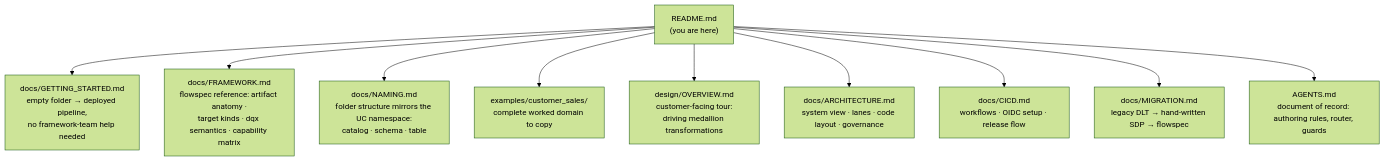
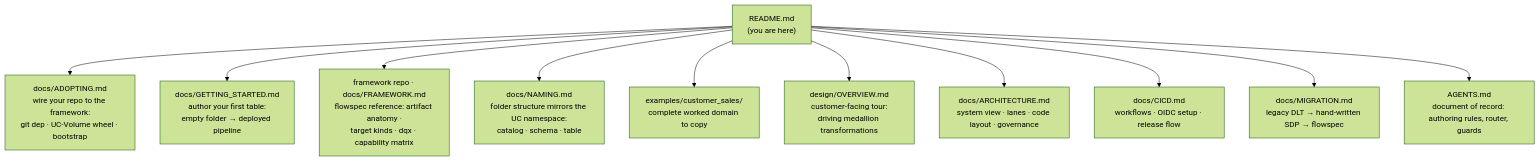
Before and after one commit to Vegash09/Demo_Lab: the second of 3 diagrams in README.md, drawn with Mermaid (forest theme). The commit also changed other lines of this file and 25 other files, not shown here.

First line of the commit message:
chore: complete the framework split — reframe as the adopter repo + restore wheel publish

````diff
--- a/README.md
+++ b/README.md
@@ -64,12 +69,13 @@
 ```mermaid
 flowchart TD
-    README["README.md<br/>(you are here)"] --> GS["docs/GETTING_STARTED.md<br/>empty folder → deployed pipeline,<br/>no framework-team help needed"]
-    README --> FWK["docs/FRAMEWORK.md<br/>flowspec reference: artifact anatomy ·<br/>target kinds · dqx semantics · capability matrix"]
+    README["README.md<br/>(you are here)"] --> ADOPT["docs/ADOPTING.md<br/>wire your repo to the framework:<br/>git dep · UC-Volume wheel · bootstrap"]
+    README --> GS["docs/GETTING_STARTED.md<br/>author your first table:<br/>empty folder → deployed pipeline"]
+    README --> FWK["framework repo · docs/FRAMEWORK.md<br/>flowspec reference: artifact anatomy ·<br/>target kinds · dqx · capability matrix"]
     README --> NAM["docs/NAMING.md<br/>folder structure mirrors the UC namespace:<br/>catalog · schema · table"]
     README --> EX["examples/customer_sales/<br/>complete worked domain to copy"]
     README --> OVR["design/OVERVIEW.md<br/>customer-facing tour:<br/>driving medallion transformations"]
     README --> ARCH["docs/ARCHITECTURE.md<br/>system view · lanes · code layout · governance"]
     README --> CICD["docs/CICD.md<br/>workflows · OIDC setup · release flow"]
     README --> MIG["docs/MIGRATION.md<br/>legacy DLT → hand-written SDP → flowspec"]
     README --> AGENTS["AGENTS.md<br/>document of record: authoring rules, router, guards"]
 ```
````
